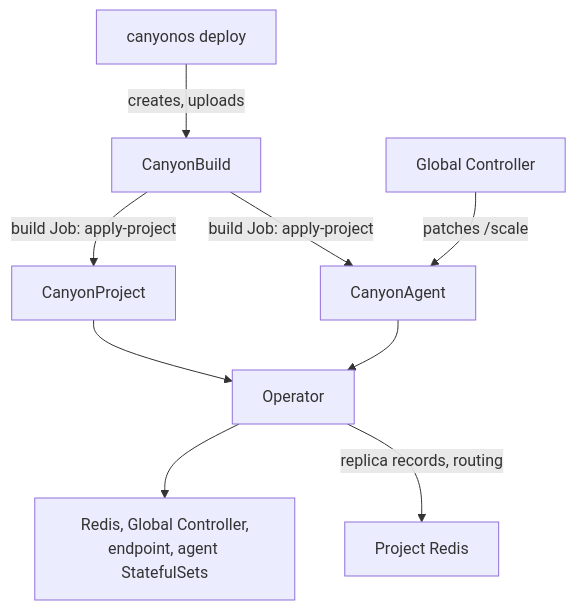
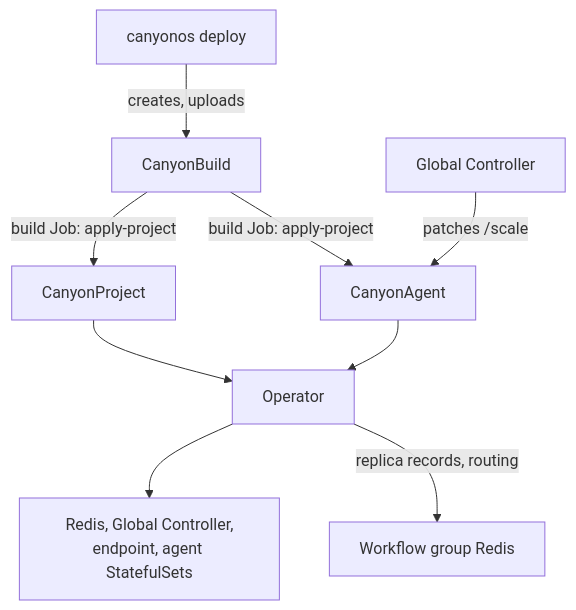
Before and after one commit to CanyonCodeCoreAI/canyonos: the diagram in docs/architecture/OPERATOR.md, drawn with Mermaid. The commit also changed other lines of this file and 470 other files, not shown here.

````diff
--- a/docs/architecture/OPERATOR.md
+++ b/docs/architecture/OPERATOR.md
@@ -18,11 +18,11 @@
 ```mermaid
 flowchart TB
     CLI["canyonos deploy"] -->|"creates, uploads"| B["CanyonBuild"]
     B -->|"build Job: apply-project"| P["CanyonProject"]
     B -->|"build Job: apply-project"| A["CanyonAgent"]
     P --> O["Operator"]
     A --> O
     O --> W["Redis, Global Controller,<br/>endpoint, agent StatefulSets"]
-    O -->|"replica records, routing"| R["Project Redis"]
+    O -->|"replica records, routing"| R["Workflow group Redis"]
     G["Global Controller"] -->|"patches /scale"| A
 ```
````
